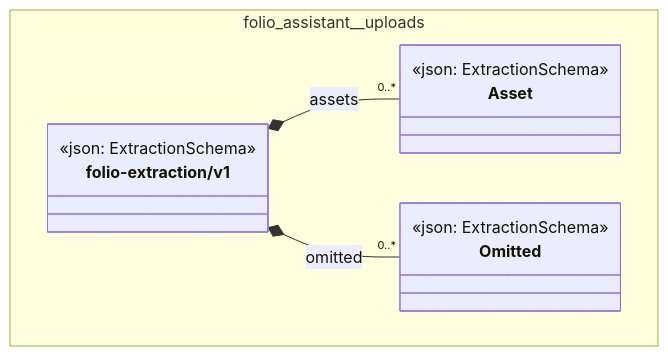
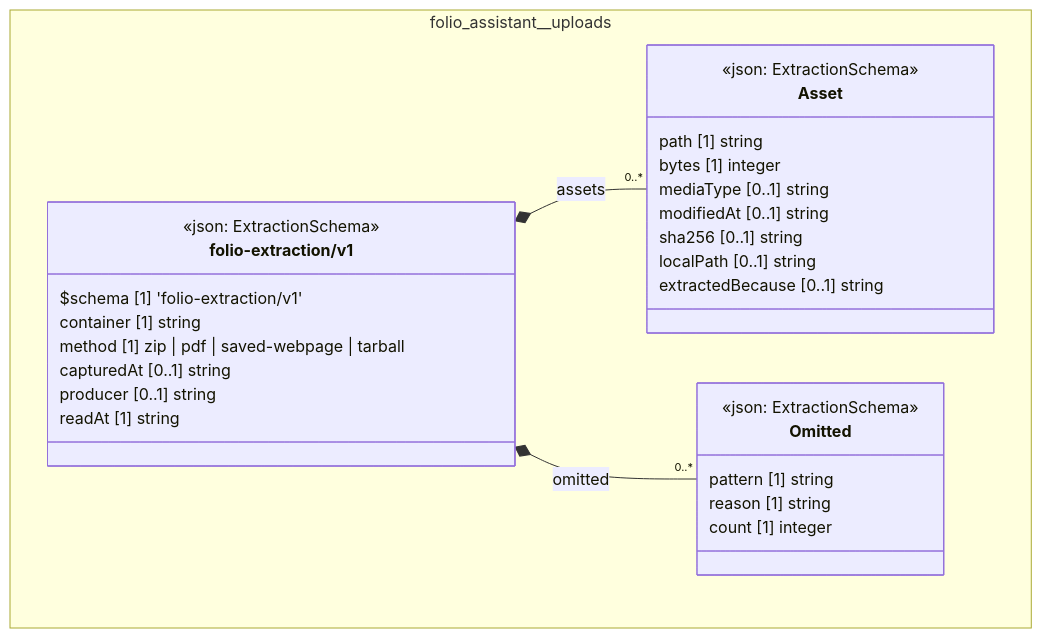
One commit to litlfred/folio-assistant changed the diagram in cat-harness/docs/uml/overview/folio-assistant.md. Above: the diagram before and after it, drawn with Mermaid. The commit also changed 92 other files, not shown here.

First line of the commit message:
uml: data fields and a vertical stack on the overview; PlantUML coloured from uml.css

````diff
--- a/cat-harness/docs/uml/overview/folio-assistant.md
+++ b/cat-harness/docs/uml/overview/folio-assistant.md
@@ -12,20 +12,36 @@
 ```mermaid
 classDiagram
   direction TB
   namespace folio_assistant__uploads {
     class folio_assistant_uploads_folio_extraction_v1_Asset["Asset"] {
       <<json: ExtractionSchema>>
+      path [1] string
+      bytes [1] integer
+      mediaType [0..1] string
+      modifiedAt [0..1] string
+      sha256 [0..1] string
+      localPath [0..1] string
+      extractedBecause [0..1] string
     }
     class folio_assistant_uploads_folio_extraction_v1_Omitted["Omitted"] {
       <<json: ExtractionSchema>>
+      pattern [1] string
+      reason [1] string
+      count [1] integer
     }
     class folio_assistant_uploads_folio_extraction_v1_folio_extraction_v1["folio-extraction/v1"] {
       <<json: ExtractionSchema>>
+      $schema [1] 'folio-extraction/v1'
+      container [1] string
+      method [1] zip | pdf | saved-webpage | tarball
+      capturedAt [0..1] string
+      producer [0..1] string
+      readAt [1] string
     }
   }
   folio_assistant_uploads_folio_extraction_v1_folio_extraction_v1 *-- "0..*" folio_assistant_uploads_folio_extraction_v1_Asset : assets
   folio_assistant_uploads_folio_extraction_v1_folio_extraction_v1 *-- "0..*" folio_assistant_uploads_folio_extraction_v1_Omitted : omitted
   cssClass "folio_assistant_uploads_folio_extraction_v1_Asset" fa_uml_kind_uploads
   cssClass "folio_assistant_uploads_folio_extraction_v1_Omitted" fa_uml_kind_uploads
   cssClass "folio_assistant_uploads_folio_extraction_v1_folio_extraction_v1" fa_uml_kind_uploads
 ```
````
